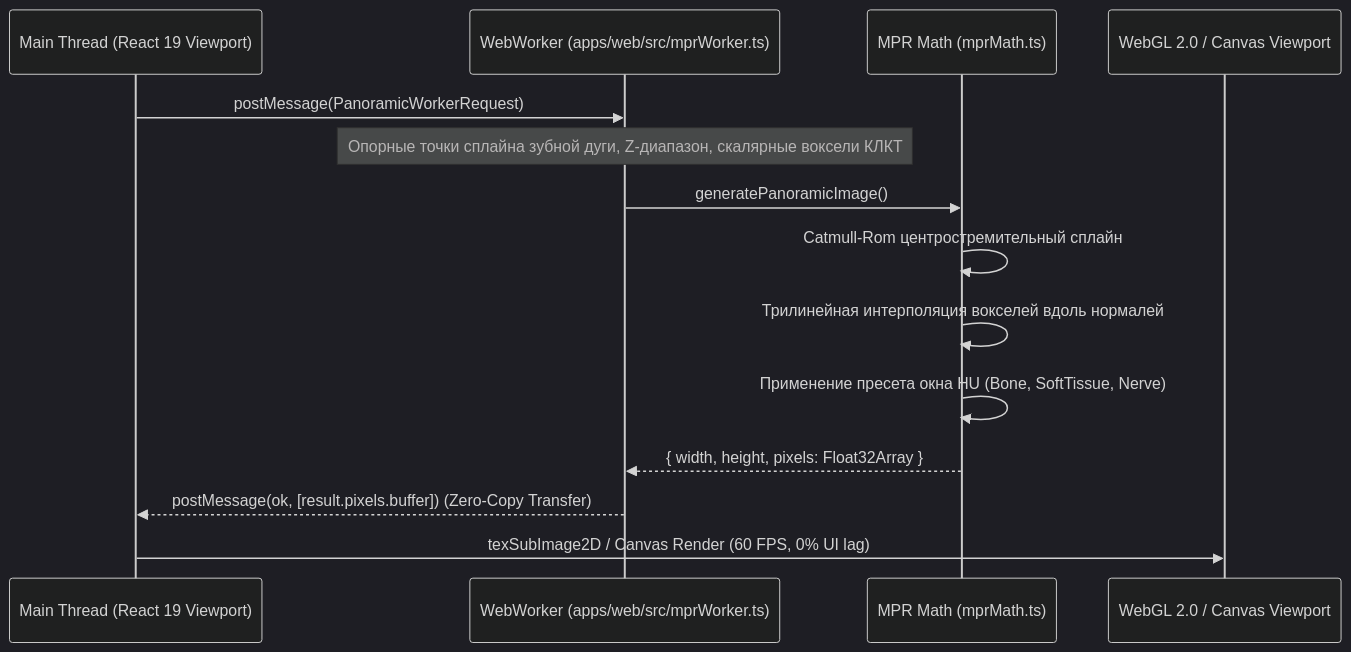
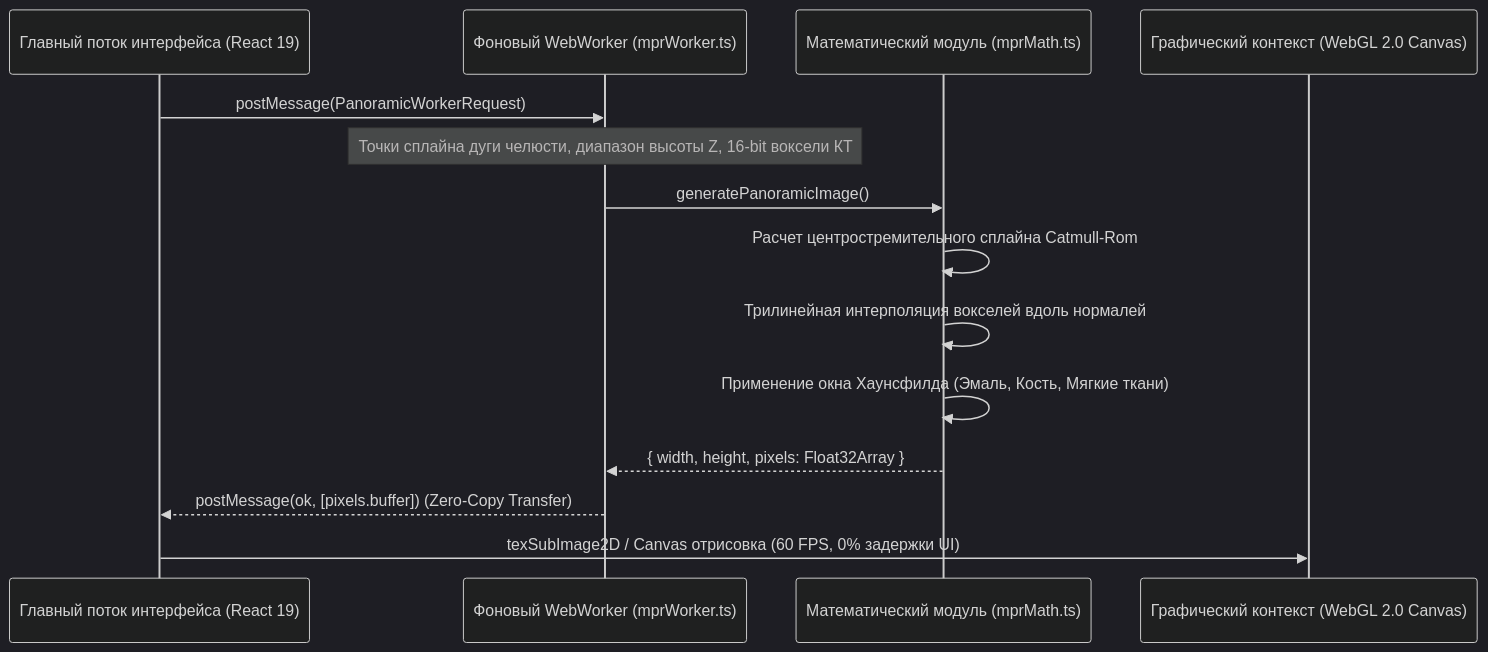
The third of 3 diagrams in docs/ARCHITECTURE.md (marko1olo/dental-crm), drawn with Mermaid (dark theme) before and after one commit. The commit also changed other lines of this file and 5 other files, not shown here.

Commit message:
docs: update system documentation, architecture manifesto, deployment and cli references

````diff
--- a/docs/ARCHITECTURE.md
+++ b/docs/ARCHITECTURE.md
@@ -117,17 +154,17 @@
 ```mermaid
 sequenceDiagram
-    participant UI as Main Thread (React 19 Viewport)
-    participant Worker as WebWorker (apps/web/src/mprWorker.ts)
-    participant Math as MPR Math (mprMath.ts)
-    participant GPU as WebGL 2.0 / Canvas Viewport
+    participant UI as Главный поток интерфейса (React 19)
+    participant Worker as Фоновый WebWorker (mprWorker.ts)
+    participant Math as Математический модуль (mprMath.ts)
+    participant GPU as Графический контекст (WebGL 2.0 Canvas)
 
     UI->>Worker: postMessage(PanoramicWorkerRequest)
-    Note over Worker: Опорные точки сплайна зубной дуги, Z-диапазон, скалярные воксели КЛКТ
+    Note over Worker: Точки сплайна дуги челюсти, диапазон высоты Z, 16-bit воксели КТ
     Worker->>Math: generatePanoramicImage()
-    Math->>Math: Catmull-Rom центростремительный сплайн
+    Math->>Math: Расчет центростремительного сплайна Catmull-Rom
     Math->>Math: Трилинейная интерполяция вокселей вдоль нормалей
-    Math->>Math: Применение пресета окна HU (Bone, SoftTissue, Nerve)
+    Math->>Math: Применение окна Хаунсфилда (Эмаль, Кость, Мягкие ткани)
     Math-->>Worker: { width, height, pixels: Float32Array }
-    Worker-->>UI: postMessage(ok, [result.pixels.buffer]) (Zero-Copy Transfer)
-    UI->>GPU: texSubImage2D / Canvas Render (60 FPS, 0% UI lag)
+    Worker-->>UI: postMessage(ok, [pixels.buffer]) (Zero-Copy Transfer)
+    UI->>GPU: texSubImage2D / Canvas отрисовка (60 FPS, 0% задержки UI)
 ```
````
